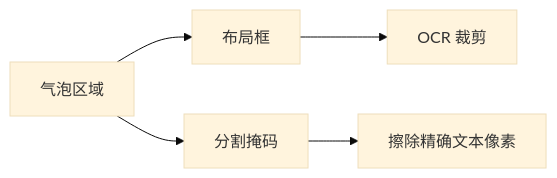
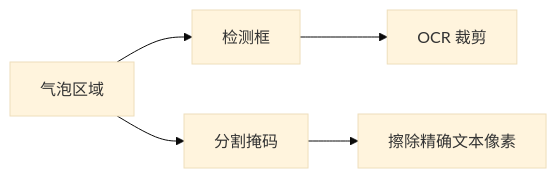
The second of 2 diagrams in docs/zh-CN/explanation/technical-deep-dive.md (mayocream/koharu), drawn with Mermaid (base theme) before and after one commit. The commit also changed other lines of this file and 12 other files, not shown here.

````diff
--- a/docs/zh-CN/explanation/technical-deep-dive.md
+++ b/docs/zh-CN/explanation/technical-deep-dive.md
@@ -88,7 +90,7 @@
 ```mermaid
 flowchart LR
-    A[气泡区域] --> B[布局框]
+    A[气泡区域] --> B[检测框]
     A --> C[分割掩码]
     B --> D[OCR 裁剪]
     C --> E[擦除精确文本像素]
 ```
````
